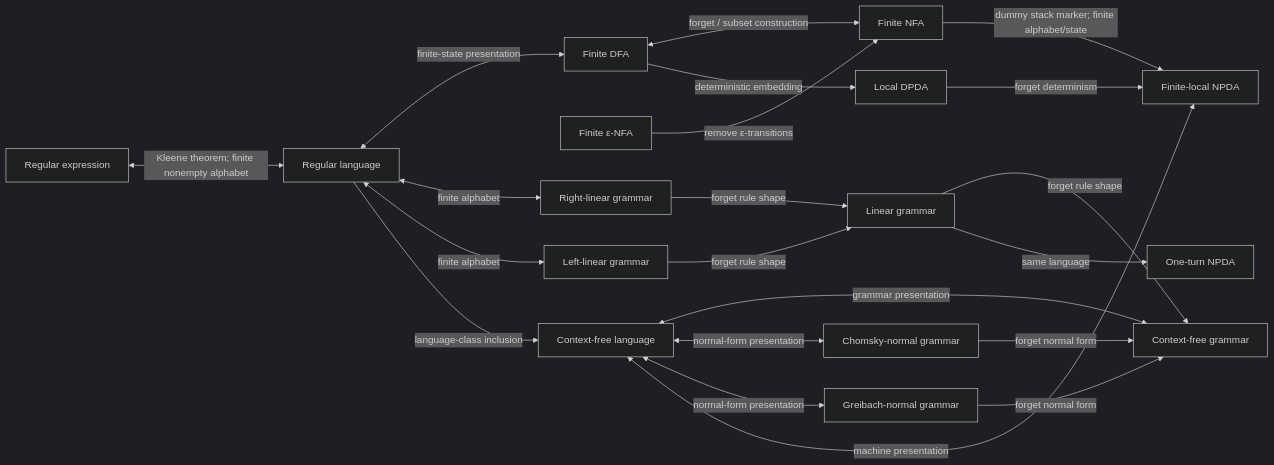
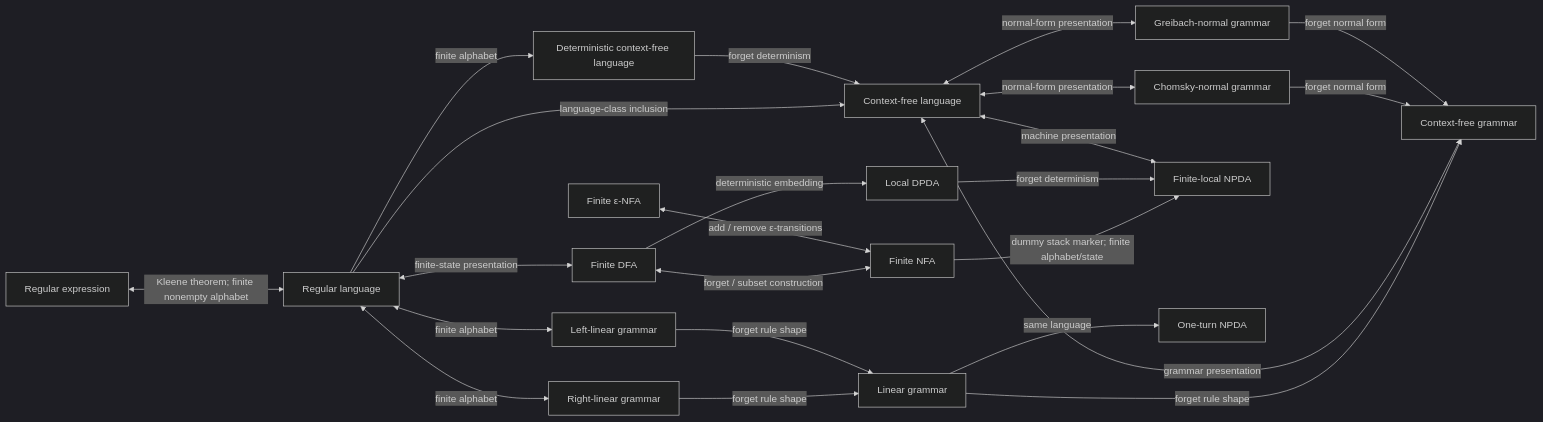
Before and after one commit to tani/mathling: the diagram in README.md, drawn with Mermaid (dark theme). The commit also changed other lines of this file and 9 other files, not shown here.

Commit message:
Add deterministic context-free language bridges

````diff
--- a/README.md
+++ b/README.md
@@ -16,42 +16,45 @@
 ```mermaid
 flowchart LR
     Regex["Regular expression"]
     Regular["Regular language"]
     DFA["Finite DFA"]
     NFA["Finite NFA"]
     ENFA["Finite ε-NFA"]
     Right["Right-linear grammar"]
     Left["Left-linear grammar"]
     Linear["Linear grammar"]
     CFL["Context-free language"]
+    DCFL["Deterministic context-free language"]
     CFG["Context-free grammar"]
     CNF["Chomsky-normal grammar"]
     GNF["Greibach-normal grammar"]
     NPDA["Finite-local NPDA"]
     DPDA["Local DPDA"]
     OneTurn["One-turn NPDA"]
 
     Regex <-->|"Kleene theorem; finite nonempty alphabet"| Regular
     Regular <-->|"finite-state presentation"| DFA
     DFA <-->|"forget / subset construction"| NFA
-    ENFA -->|"remove ε-transitions"| NFA
+    ENFA <-->|"add / remove ε-transitions"| NFA
     Regular <-->|"finite alphabet"| Right
     Regular <-->|"finite alphabet"| Left
 
     Right -->|"forget rule shape"| Linear
     Left -->|"forget rule shape"| Linear
     Linear -->|"forget rule shape"| CFG
     Linear -->|"same language"| OneTurn
 
     Regular -->|"language-class inclusion"| CFL
+    Regular -->|"finite alphabet"| DCFL
+    DCFL -->|"forget determinism"| CFL
     NFA -->|"dummy stack marker; finite alphabet/state"| NPDA
     DFA -->|"deterministic embedding"| DPDA
     DPDA -->|"forget determinism"| NPDA
 
     CFL <-->|"grammar presentation"| CFG
     CFL <-->|"normal-form presentation"| CNF
     CFL <-->|"normal-form presentation"| GNF
     CFL <-->|"machine presentation"| NPDA
     CNF -->|"forget normal form"| CFG
     GNF -->|"forget normal form"| CFG
 ```
````
